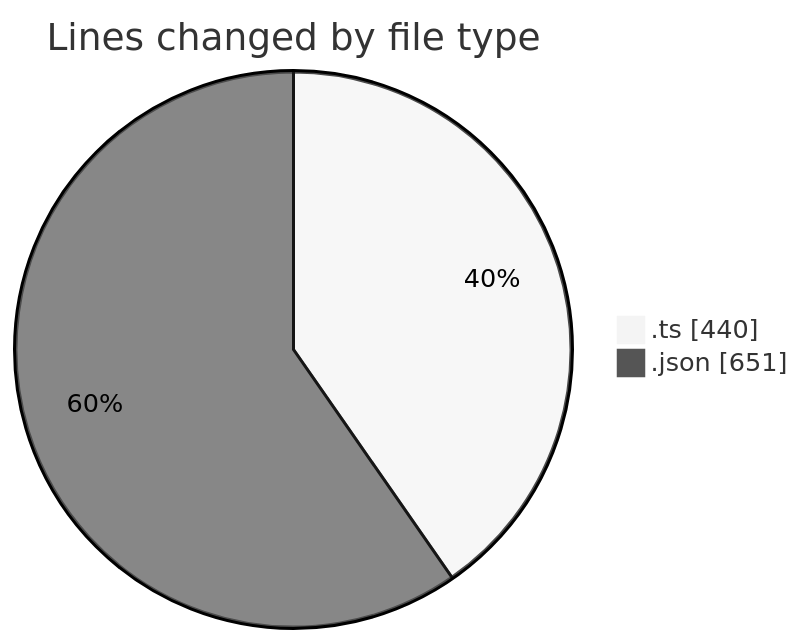
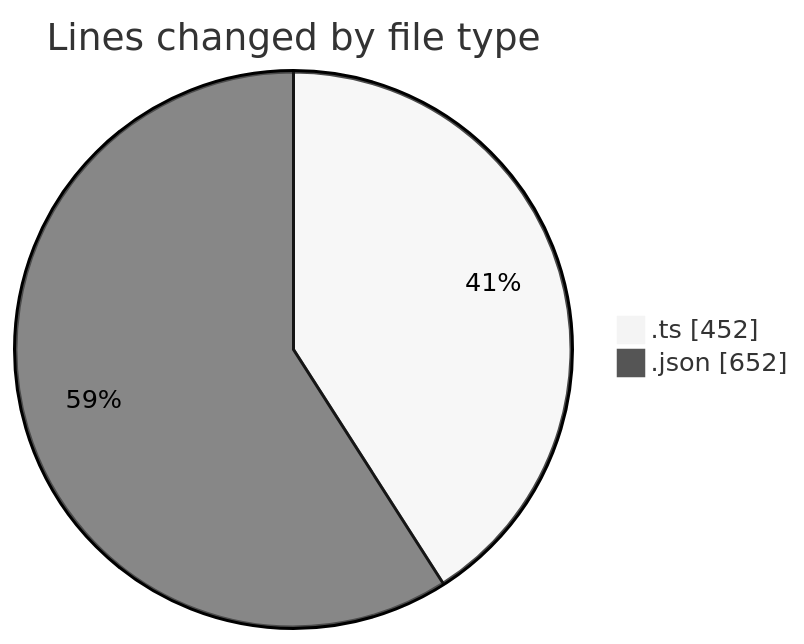
One commit to EIIisD/code-tracking changed the first of 2 diagrams in 2025-08-26/mcp-web/README.md. Above: the diagram before and after it, drawn with Mermaid (neutral theme). The commit also changed other lines of this file and 1 other file, not shown here.

````diff
--- a/2025-08-26/mcp-web/README.md
+++ b/2025-08-26/mcp-web/README.md
@@ -23,6 +23,6 @@
 ```mermaid
 pie showData
 title Lines changed by file type
-".ts" : 440
-".json" : 651
+".ts" : 452
+".json" : 652
 ```
````
